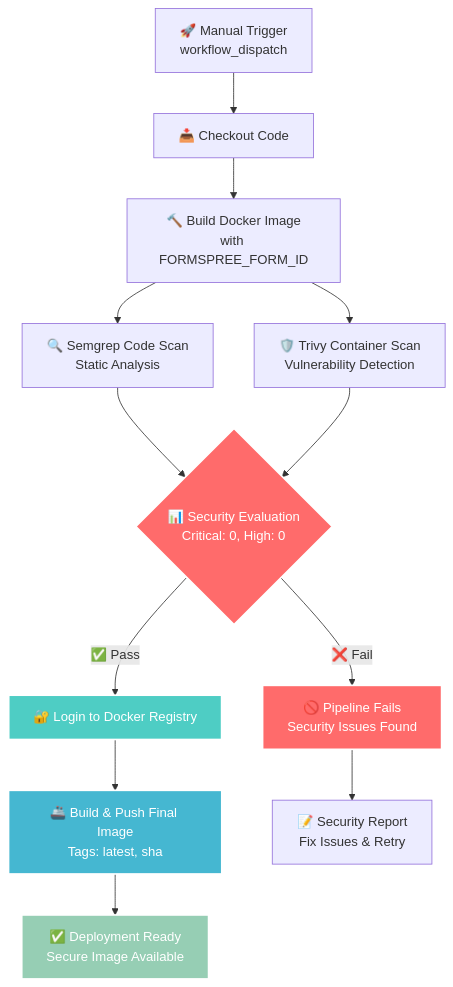
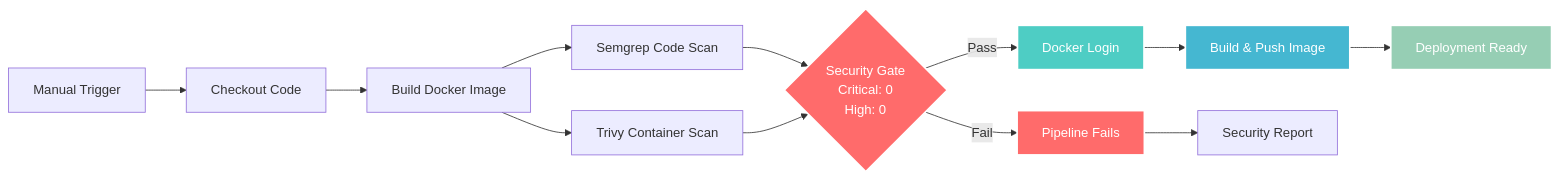
The diagram in README.md (hojhon/hojhon-site), drawn with Mermaid before and after one commit. The commit also changed other lines of this file, not shown here.

````diff
--- a/README.md
+++ b/README.md
@@ -22,24 +22,19 @@
 ```mermaid
-graph TD
-    A[🚀 Manual Trigger<br/>workflow_dispatch] --> B[📥 Checkout Code]
-    B --> C[🔨 Build Docker Image<br/>with FORMSPREE_FORM_ID]
-    C --> D[🔍 Semgrep Code Scan<br/>Static Analysis]
-    C --> E[🛡️ Trivy Container Scan<br/>Vulnerability Detection]
+graph LR
+    A[Manual Trigger] --> B[Checkout Code] --> C[Build Docker Image]
     
-    D --> F{📊 Security Evaluation<br/>Critical: 0, High: 0}
+    C --> D[Semgrep Code Scan]
+    C --> E[Trivy Container Scan]
+    
+    D --> F{Security Gate<br/>Critical: 0<br/>High: 0}
     E --> F
     
-    F -->|✅ Pass| G[🔐 Login to Docker Registry]
-    F -->|❌ Fail| H[🚫 Pipeline Fails<br/>Security Issues Found]
-    
-    G --> I[🚢 Build & Push Final Image<br/>Tags: latest, sha]
-    I --> J[✅ Deployment Ready<br/>Secure Image Available]
-    
-    H --> K[📝 Security Report<br/>Fix Issues & Retry]
+    F -->|Pass| G[Docker Login] --> H[Build & Push Image] --> I[Deployment Ready]
+    F -->|Fail| J[Pipeline Fails] --> K[Security Report]
     
     style F fill:#ff6b6b,stroke:#ffffff,stroke-width:2px,color:#ffffff
     style G fill:#4ecdc4,stroke:#ffffff,stroke-width:2px,color:#ffffff
-    style I fill:#45b7d1,stroke:#ffffff,stroke-width:2px,color:#ffffff
-    style H fill:#ff6b6b,stroke:#ffffff,stroke-width:2px,color:#ffffff
-    style J fill:#96ceb4,stroke:#ffffff,stroke-width:2px,color:#ffffff
+    style H fill:#45b7d1,stroke:#ffffff,stroke-width:2px,color:#ffffff
+    style J fill:#ff6b6b,stroke:#ffffff,stroke-width:2px,color:#ffffff
+    style I fill:#96ceb4,stroke:#ffffff,stroke-width:2px,color:#ffffff
 ```
````
